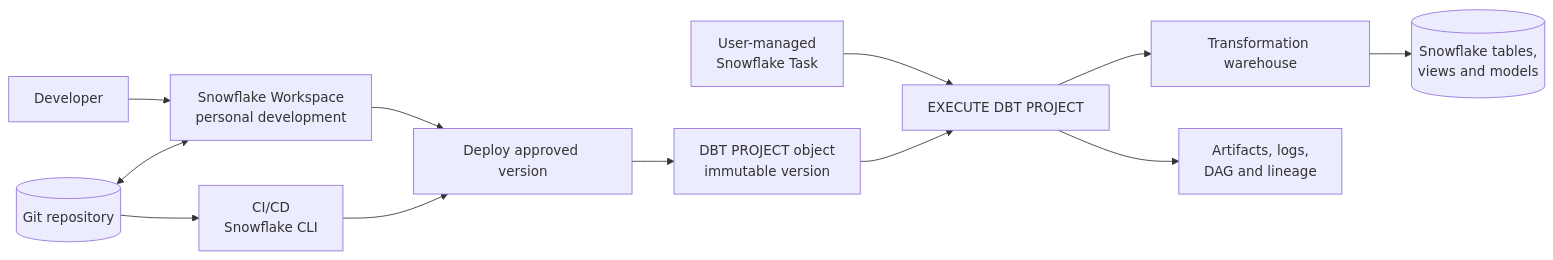
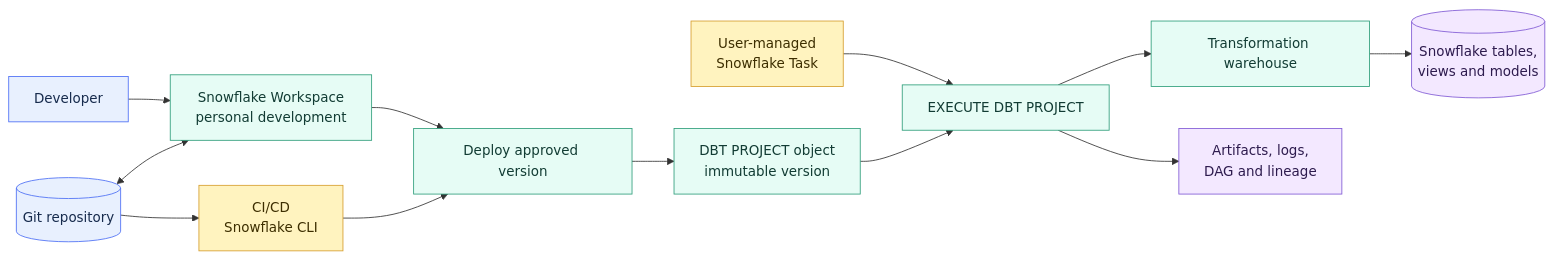
Before and after one commit to shonningsoy/Upskill: the first of 2 diagrams in 01 Snowflake/04 Data Engineering/25 dbt on Snowflake.md, drawn with Mermaid. The commit also changed other lines of this file and 14 other files, not shown here.

````diff
--- a/01 Snowflake/04 Data Engineering/25 dbt on Snowflake.md
+++ b/01 Snowflake/04 Data Engineering/25 dbt on Snowflake.md
@@ -72,14 +75,24 @@
 ```mermaid
 flowchart LR
     DEV[Developer] --> WS[Snowflake Workspace<br/>personal development]
     GIT[(Git repository)] <--> WS
     GIT --> CICD[CI/CD<br/>Snowflake CLI]
     WS --> DEPLOY[Deploy approved version]
     CICD --> DEPLOY
     DEPLOY --> PROJECT[DBT PROJECT object<br/>immutable version]
     TASK[User-managed<br/>Snowflake Task] --> EXEC[EXECUTE DBT PROJECT]
     PROJECT --> EXEC
     EXEC --> WH[Transformation warehouse]
     WH --> MODELS[(Snowflake tables,<br/>views and models)]
     EXEC --> OBS[Artifacts, logs,<br/>DAG and lineage]
+
+    classDef input fill:#E8F0FE,stroke:#4C6EF5,color:#172B4D
+    classDef control fill:#FFF3BF,stroke:#D69E2E,color:#3D2E00
+    classDef snowflake fill:#E6FCF5,stroke:#2F9E7B,color:#123C34
+    classDef platform fill:#F1F3F5,stroke:#868E96,color:#212529
+    classDef output fill:#F3E8FF,stroke:#805AD5,color:#2D1B4E
+    class DEV,GIT input
+    class CICD,TASK control
+    class WS,DEPLOY,PROJECT,EXEC,WH snowflake
+    class MODELS,OBS output
 ```
````
